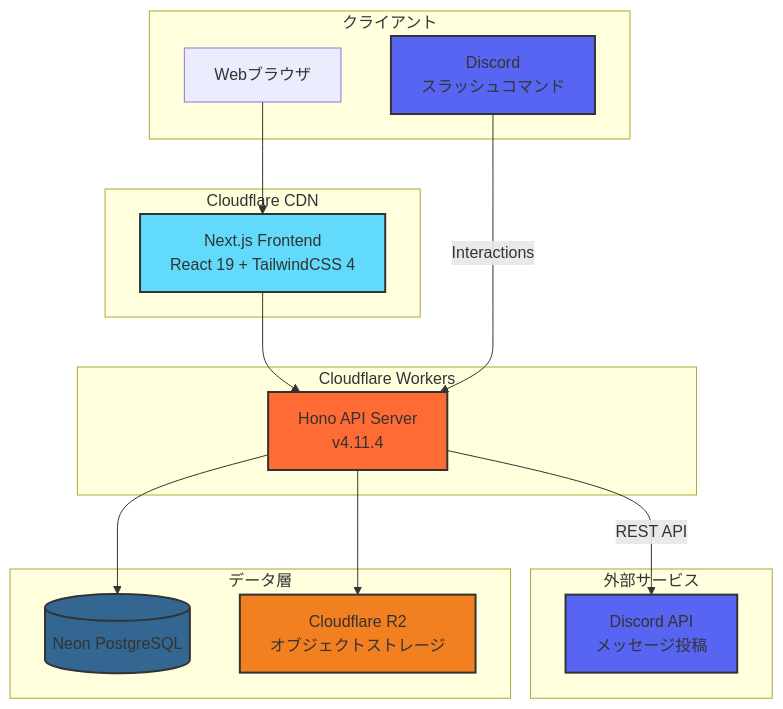
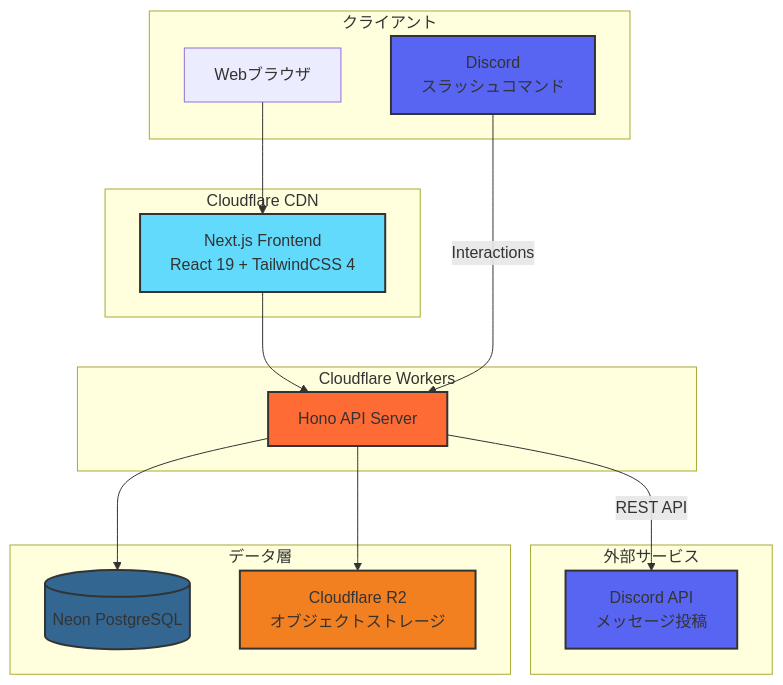
One commit to ProjectEuropa/Europa changed the first of 3 diagrams in readme.md. Above: the diagram before and after it, drawn with Mermaid. The commit also changed other lines of this file, not shown here.

````diff
--- a/readme.md
+++ b/readme.md
@@ -199,38 +9,38 @@
 ```mermaid
 graph TB
     subgraph "クライアント"
         Browser[Webブラウザ]
         Discord[Discord<br/>スラッシュコマンド]
     end
 
     subgraph "Cloudflare CDN"
         Frontend[Next.js Frontend<br/>React 19 + TailwindCSS 4]
     end
 
     subgraph "Cloudflare Workers"
-        API[Hono API Server<br/>v4.11.4]
+        API[Hono API Server]
     end
 
     subgraph "外部サービス"
         DiscordAPI[Discord API<br/>メッセージ投稿]
     end
 
     subgraph "データ層"
         DB[(Neon PostgreSQL)]
         R2[Cloudflare R2<br/>オブジェクトストレージ]
     end
 
     Browser --> Frontend
     Frontend --> API
     Discord -->|Interactions| API
     API --> DB
     API --> R2
     API -->|REST API| DiscordAPI
 
     style Frontend fill:#61dafb,stroke:#333,stroke-width:2px
     style API fill:#ff6b35,stroke:#333,stroke-width:2px
     style DB fill:#336791,stroke:#333,stroke-width:2px
     style R2 fill:#f38020,stroke:#333,stroke-width:2px
     style Discord fill:#5865F2,stroke:#333,stroke-width:2px
     style DiscordAPI fill:#5865F2,stroke:#333,stroke-width:2px
 ```
````
